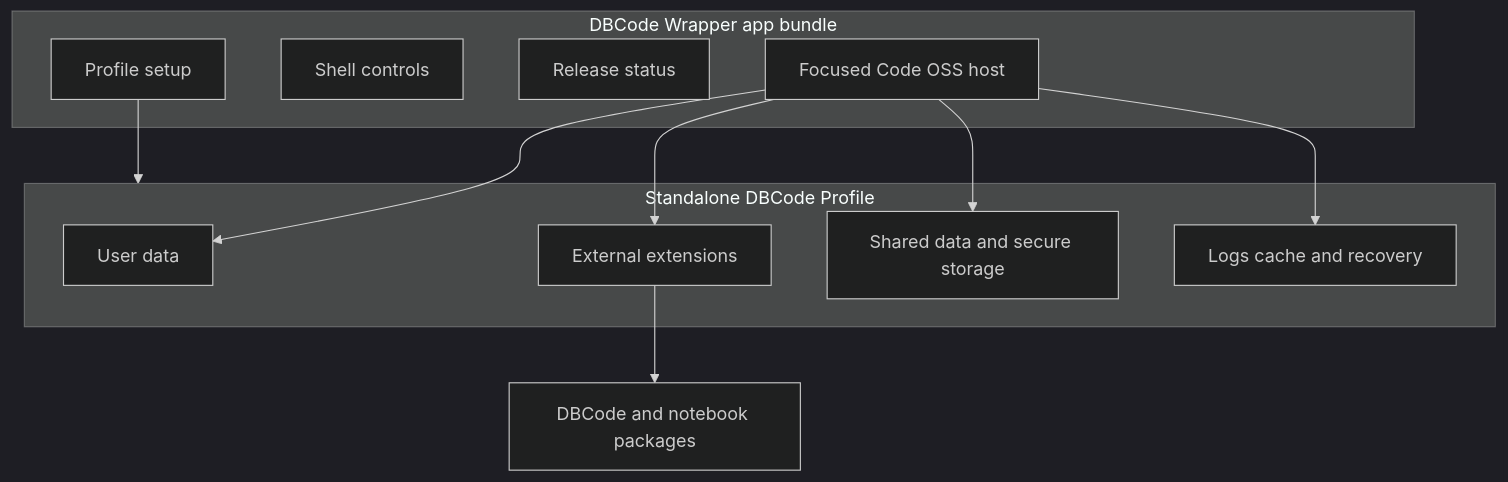
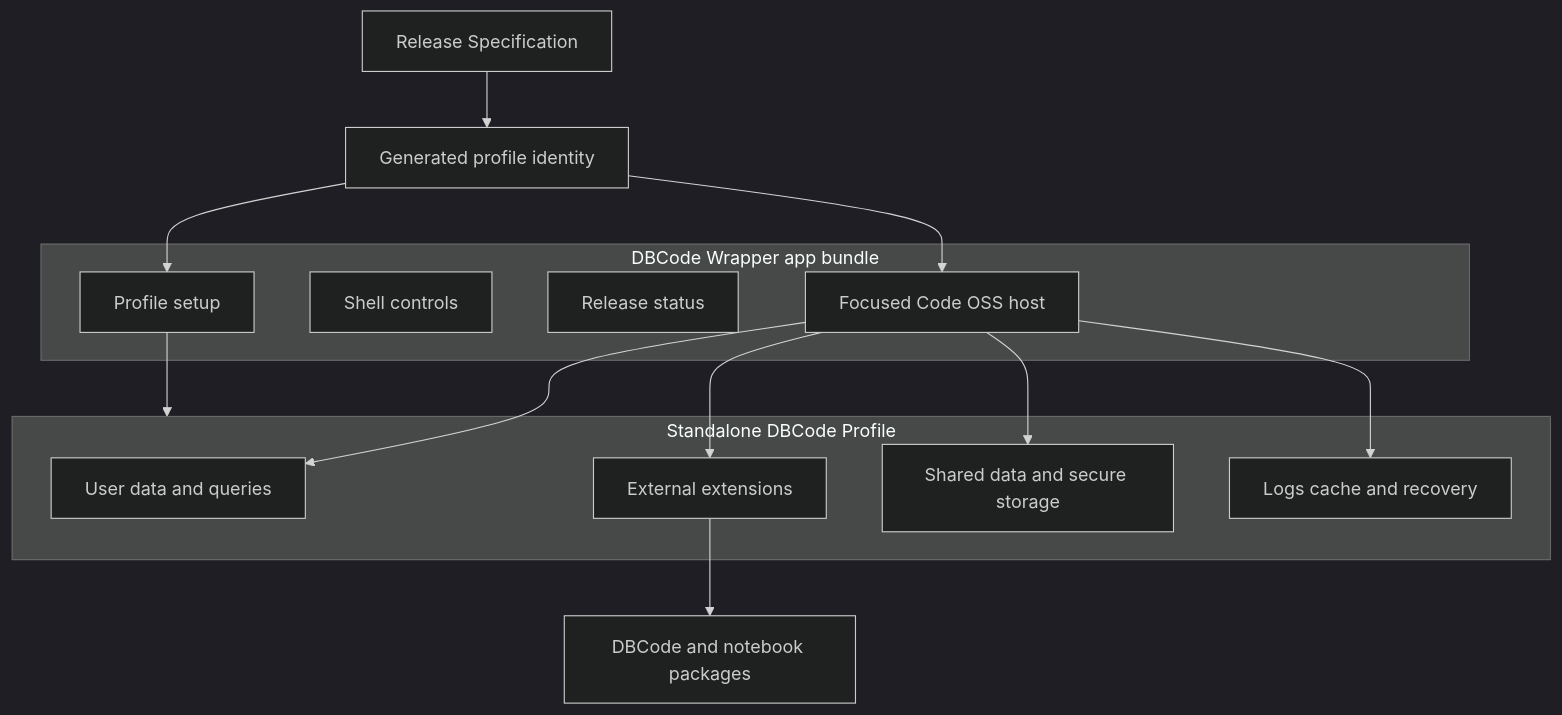
One commit to alexwck/dbcode-wrapper changed the diagram in wiki/architecture/focused-host-and-private-profile.md. Above: the diagram before and after it, drawn with Mermaid (dark theme). The commit also changed other lines of this file and 12 other files, not shown here.

Commit message:
docs(wiki): document generated profile identity

````diff
--- a/wiki/architecture/focused-host-and-private-profile.md
+++ b/wiki/architecture/focused-host-and-private-profile.md
@@ -22,21 +24,24 @@
 ```mermaid
 flowchart TB
+  RS[Release Specification] --> PI[Generated profile identity]
   subgraph App[DBCode Wrapper app bundle]
     H[Focused Code OSS host]
     S[Shell controls]
     R[Release status]
     M[Profile setup]
   end
+  PI --> H
+  PI --> M
   subgraph Profile[Standalone DBCode Profile]
-    U[User data]
+    U[User data and queries]
     E[External extensions]
     X[Shared data and secure storage]
     L[Logs cache and recovery]
   end
   H --> U
   H --> E
   H --> X
   H --> L
   M --> Profile
   E --> D[DBCode and notebook packages]
 ```
````
